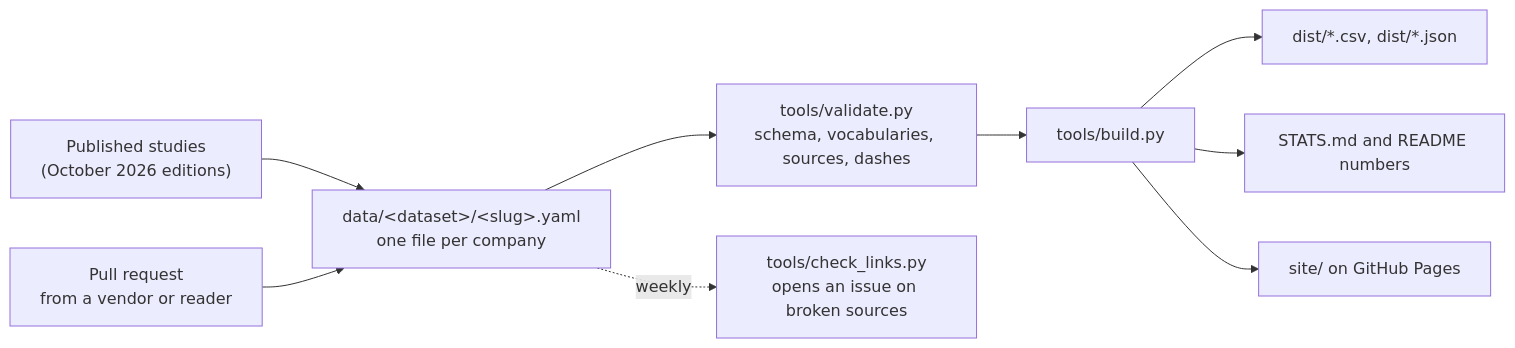
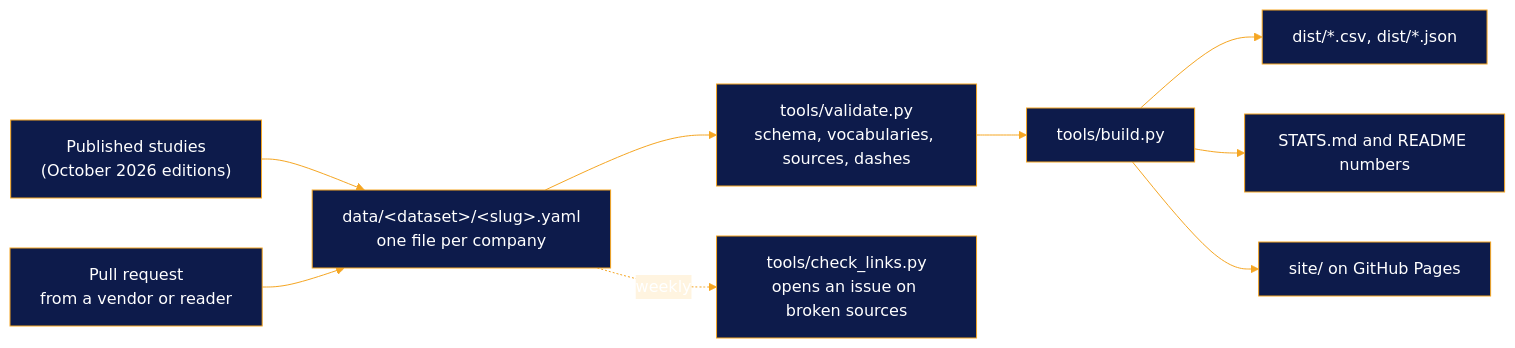
The third of 3 diagrams in README.md (chris-fountoulis/ai-search-landscape), drawn with Mermaid before and after one commit. The commit also changed other lines of this file, not shown here.

````diff
--- a/README.md
+++ b/README.md
@@ -167,11 +219,12 @@
 ```mermaid
+%%{init: {'theme':'base','themeVariables':{'primaryColor':'#0D1B4B','primaryTextColor':'#ffffff','primaryBorderColor':'#F5A623','lineColor':'#F5A623','secondaryColor':'#FFF4E0','tertiaryColor':'#ffffff'}}}%%
 flowchart LR
     A["Published studies<br/>(October 2026 editions)"] --> B["data/&lt;dataset&gt;/&lt;slug&gt;.yaml<br/>one file per company"]
     C["Pull request<br/>from a vendor or reader"] --> B
     B --> D["tools/validate.py<br/>schema, vocabularies, sources, dashes"]
     D --> E["tools/build.py"]
     E --> F["dist/*.csv, dist/*.json"]
     E --> G["STATS.md and README numbers"]
     E --> H["site/ on GitHub Pages"]
     B -. weekly .-> I["tools/check_links.py<br/>opens an issue on broken sources"]
 ```
````
